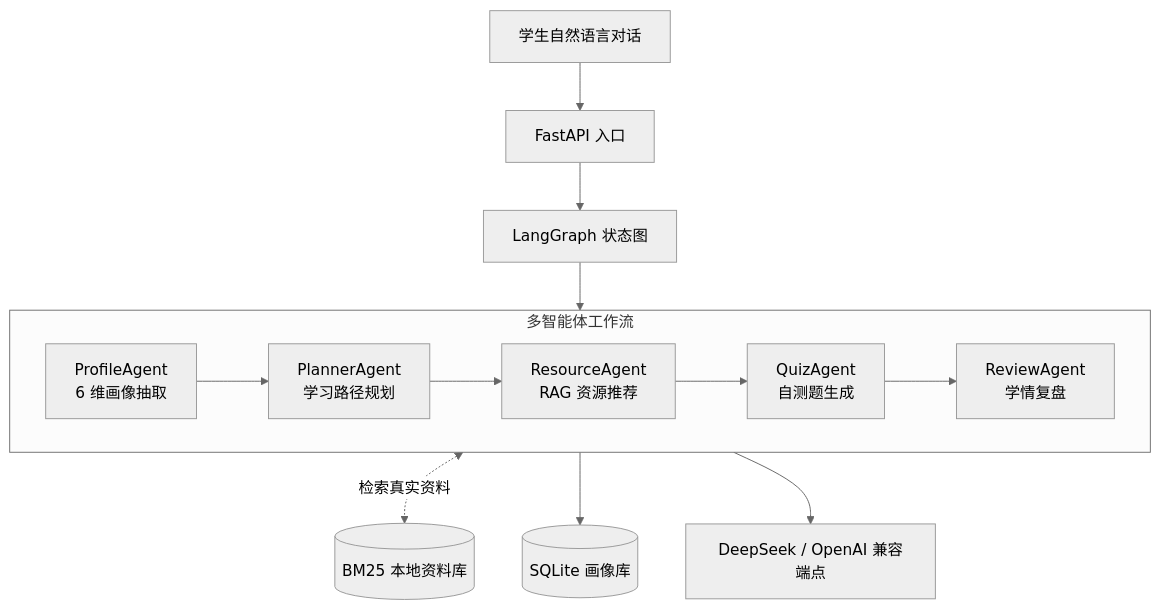
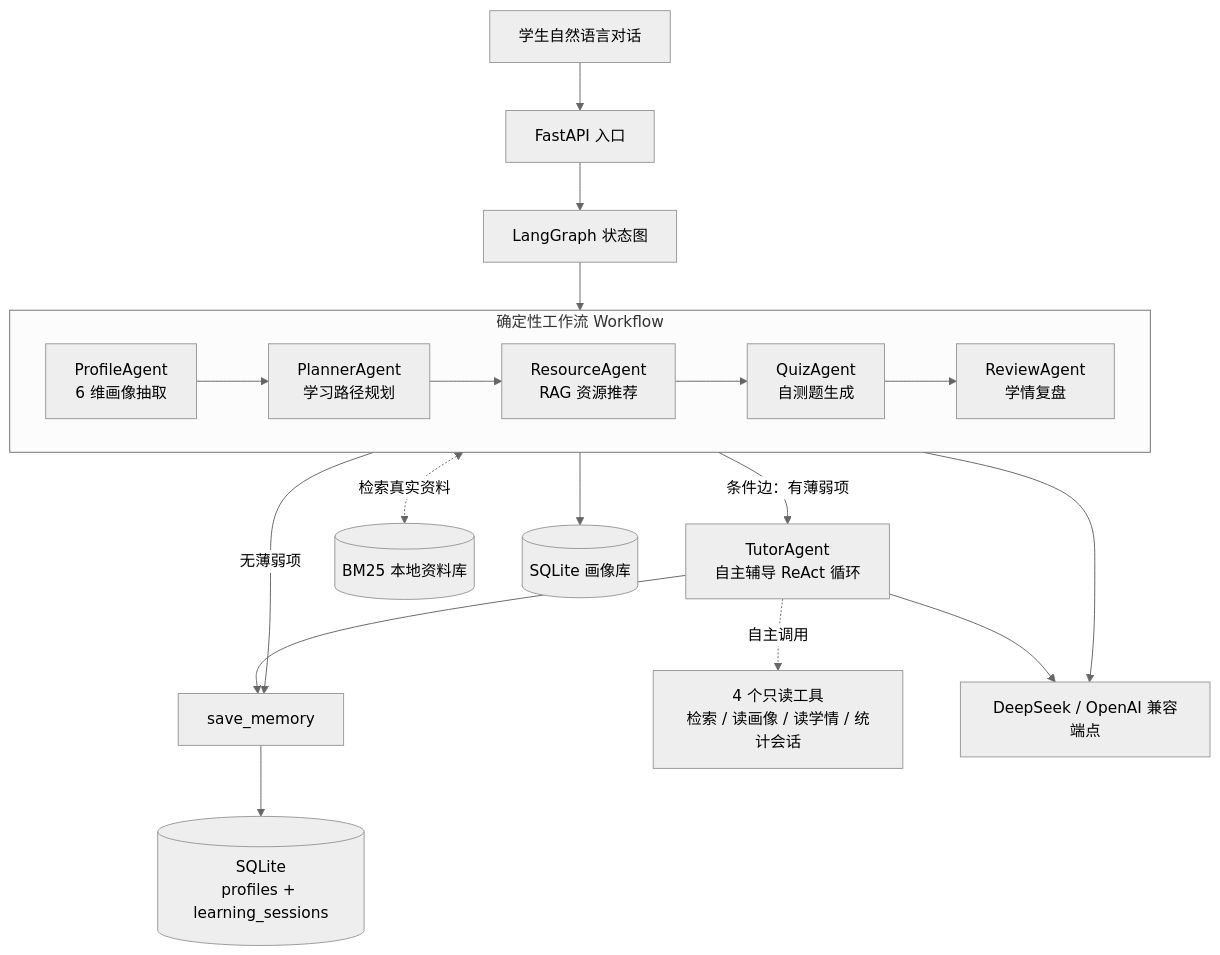
The diagram in README.md (Dongnb66/python-learning-agent), drawn with Mermaid (neutral theme) before and after one commit. The commit also changed other lines of this file and 8 other files, not shown here.

First line of the commit message:
feat(agent): 新增自主辅导智能体（ReAct 工具调用循环）+ 条件边编排

````diff
--- a/README.md
+++ b/README.md
@@ -37,16 +44,22 @@
 ```mermaid
 flowchart TD
     User[学生自然语言对话] --> API[FastAPI 入口]
     API --> SG[LangGraph 状态图]
-    subgraph WF[多智能体工作流]
+    subgraph WF[确定性工作流 Workflow]
         direction LR
         A[ProfileAgent<br/>6 维画像抽取] --> B[PlannerAgent<br/>学习路径规划]
         B --> C[ResourceAgent<br/>RAG 资源推荐]
         C --> D[QuizAgent<br/>自测题生成]
         D --> E[ReviewAgent<br/>学情复盘]
     end
     SG --> WF
+    E -->|条件边：有薄弱项| T[TutorAgent<br/>自主辅导 ReAct 循环]
+    E -->|无薄弱项| SM[save_memory]
+    T -.自主调用.-> TOOLS[4 个只读工具<br/>检索 / 读画像 / 读学情 / 统计会话]
+    T --> SM
+    SM --> DB2[(SQLite<br/>profiles + learning_sessions)]
     C <-.检索真实资料.-> KB[(BM25 本地资料库)]
     A --> DB[(SQLite 画像库)]
     WF --> LLM[DeepSeek / OpenAI 兼容端点]
+    T --> LLM
 ```
````
